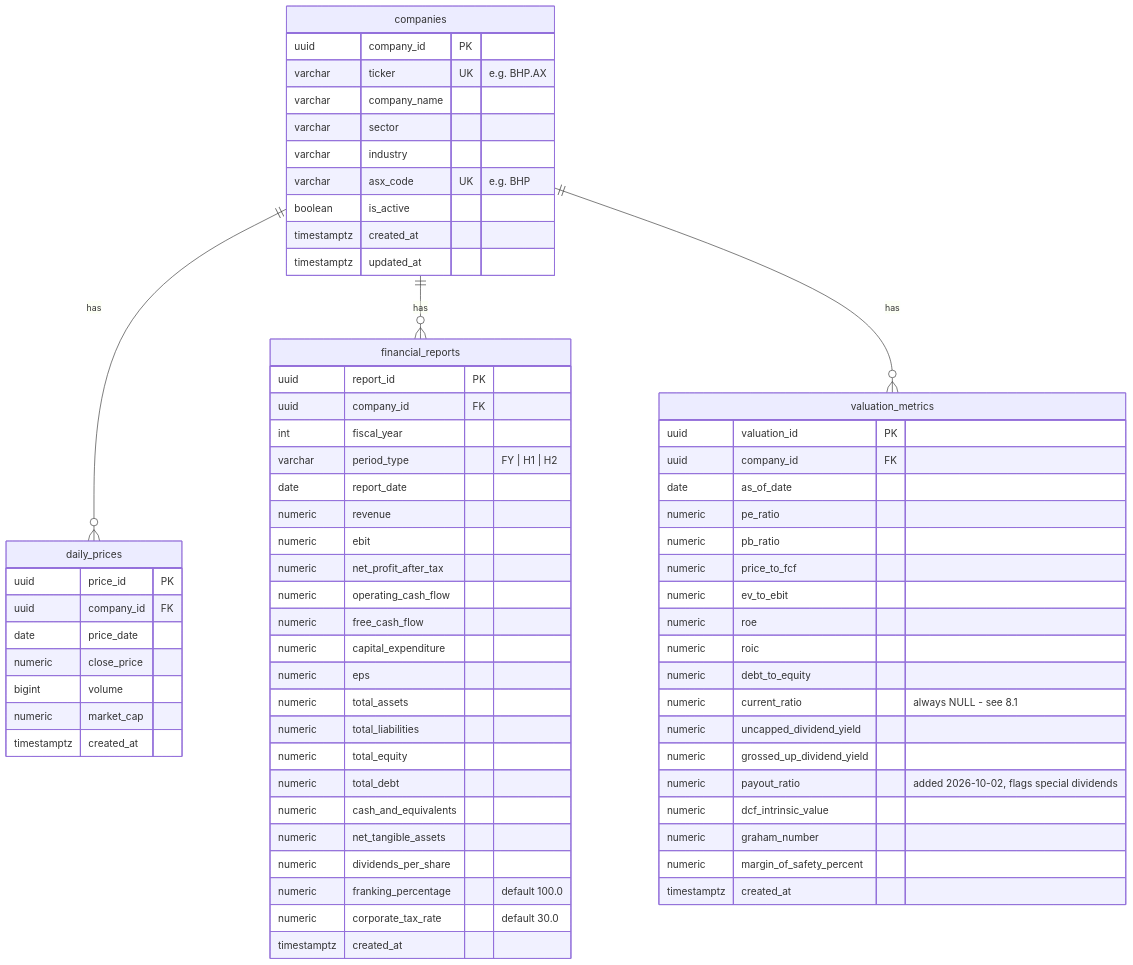
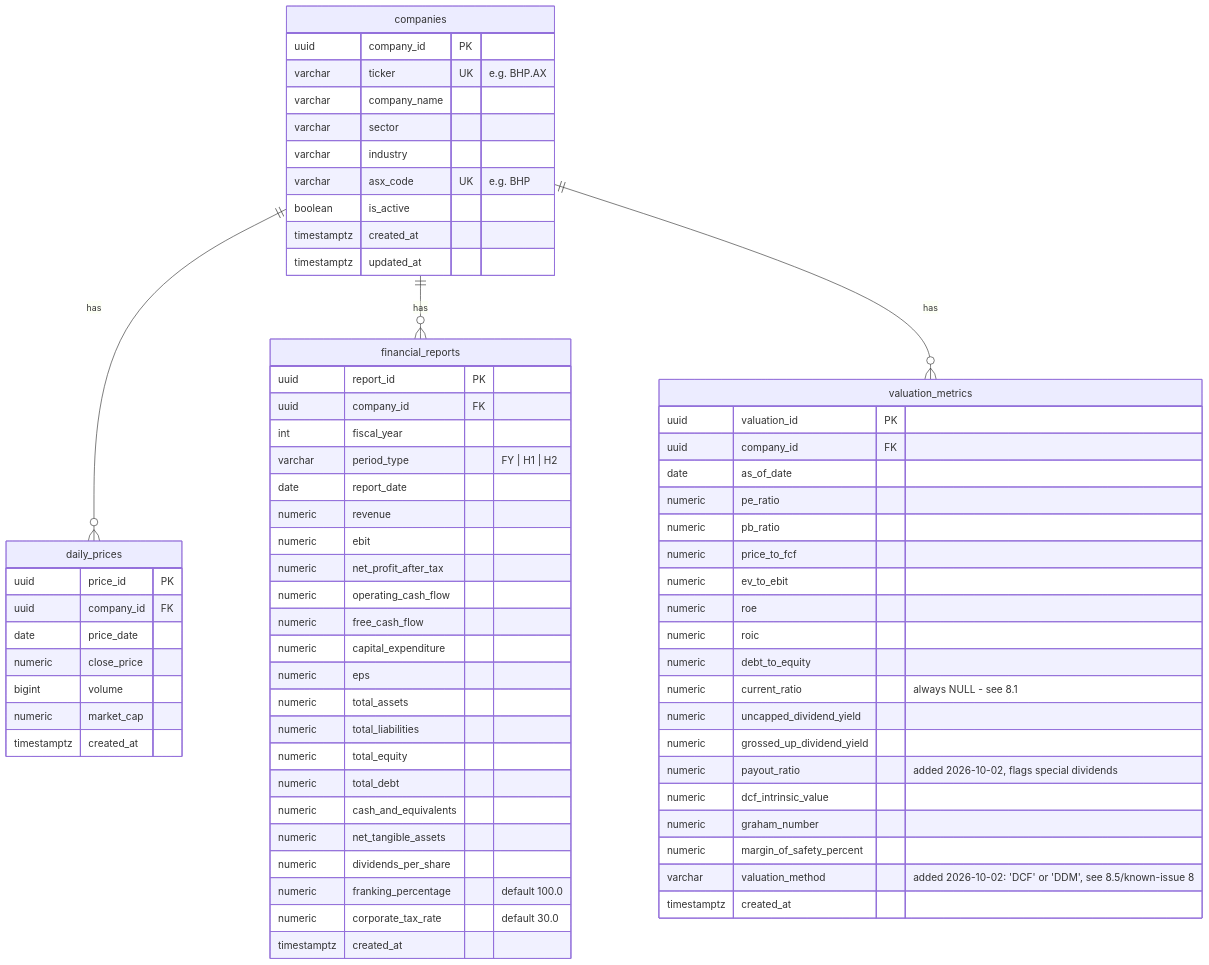
Before and after one commit to davidstangherlin/Portfolio: the second of 2 diagrams in docs/AS_BUILT.md, drawn with Mermaid. The commit also changed other lines of this file and 7 other files, not shown here.

````diff
--- a/docs/AS_BUILT.md
+++ b/docs/AS_BUILT.md
@@ -116,71 +117,72 @@
 ```mermaid
 erDiagram
     companies ||--o{ daily_prices : has
     companies ||--o{ financial_reports : has
     companies ||--o{ valuation_metrics : has
 
     companies {
         uuid company_id PK
         varchar ticker UK "e.g. BHP.AX"
         varchar company_name
         varchar sector
         varchar industry
         varchar asx_code UK "e.g. BHP"
         boolean is_active
         timestamptz created_at
         timestamptz updated_at
     }
     daily_prices {
         uuid price_id PK
         uuid company_id FK
         date price_date
         numeric close_price
         bigint volume
         numeric market_cap
         timestamptz created_at
     }
     financial_reports {
         uuid report_id PK
         uuid company_id FK
         int fiscal_year
         varchar period_type "FY | H1 | H2"
         date report_date
         numeric revenue
         numeric ebit
         numeric net_profit_after_tax
         numeric operating_cash_flow
         numeric free_cash_flow
         numeric capital_expenditure
         numeric eps
         numeric total_assets
         numeric total_liabilities
         numeric total_equity
         numeric total_debt
         numeric cash_and_equivalents
         numeric net_tangible_assets
         numeric dividends_per_share
         numeric franking_percentage "default 100.0"
         numeric corporate_tax_rate "default 30.0"
         timestamptz created_at
     }
     valuation_metrics {
         uuid valuation_id PK
         uuid company_id FK
         date as_of_date
         numeric pe_ratio
         numeric pb_ratio
         numeric price_to_fcf
         numeric ev_to_ebit
         numeric roe
         numeric roic
         numeric debt_to_equity
         numeric current_ratio "always NULL - see 8.1"
         numeric uncapped_dividend_yield
         numeric grossed_up_dividend_yield
         numeric payout_ratio "added 2026-10-02, flags special dividends"
         numeric dcf_intrinsic_value
         numeric graham_number
         numeric margin_of_safety_percent
+        varchar valuation_method "added 2026-10-02: 'DCF' or 'DDM', see 8.5/known-issue 8"
         timestamptz created_at
     }
 ```
````
